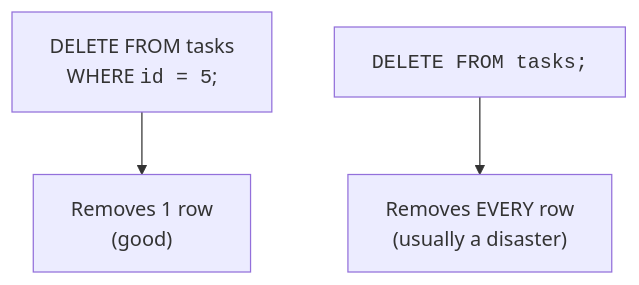
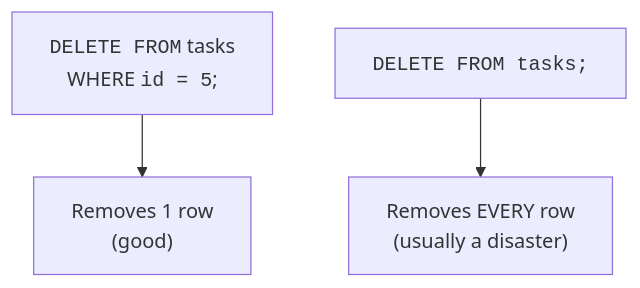
One commit to dataslope/dataslope changed the second of 2 diagrams in content/courses/intro-sql-postgres/inserting-data.mdx. Above: the diagram before and after it, drawn with Mermaid. The commit also changed other lines of this file and 283 other files, not shown here.

First line of the commit message:
Diagrams as elements, not characters: fix the box model, sweep the corpus, and make syntax breakdowns a convention (#652)

````diff
--- a/content/courses/intro-sql-postgres/inserting-data.mdx
+++ b/content/courses/intro-sql-postgres/inserting-data.mdx
@@ -195,5 +222,5 @@
 ```mermaid
 flowchart TB
-    D1["DELETE FROM tasks<br/>WHERE <code>id = 5</code>;"] --> R1["Removes 1 row<br/>(good)"]
+    D1["<code>DELETE FROM</code> tasks<br/>WHERE <code>id = 5</code>;"] --> R1["Removes 1 row<br/>(good)"]
     D2["<code>DELETE FROM tasks;</code>"] --> R2["Removes EVERY row<br/>(usually a disaster)"]
 ```
````
